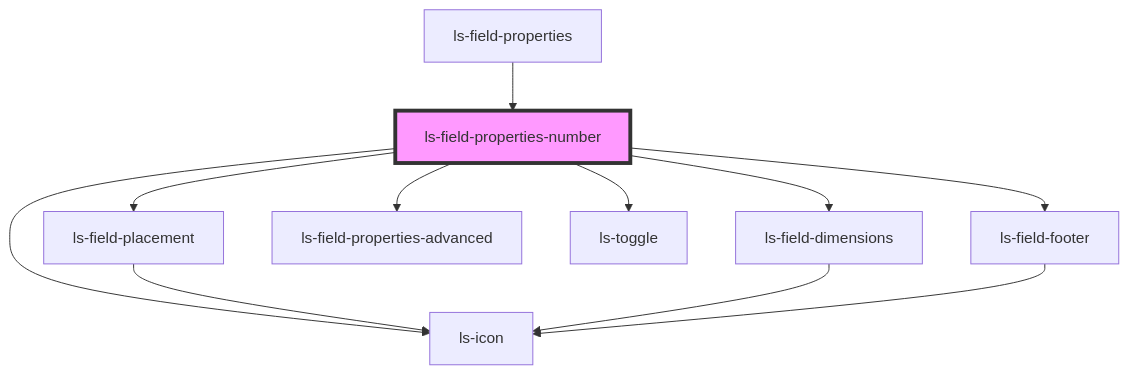
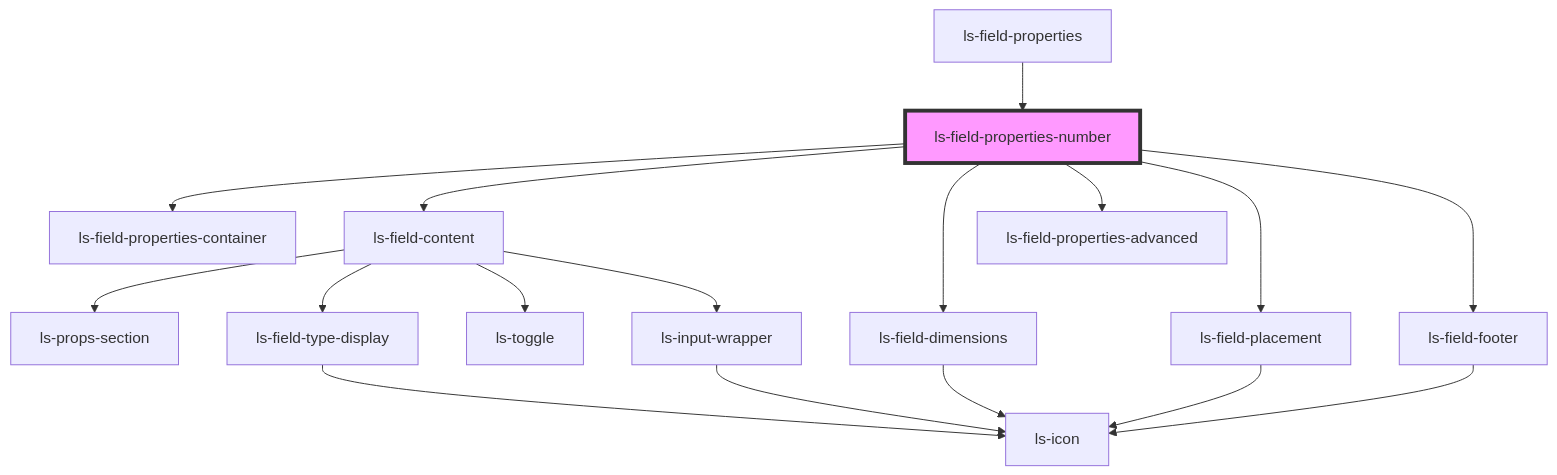
The diagram in src/components/ls-field-properties-number/readme.md (legalesign/ls-document-viewer), drawn with Mermaid before and after one commit. The commit also changed other lines of this file and 16 other files, not shown here.

````diff
--- a/src/components/ls-field-properties-number/readme.md
+++ b/src/components/ls-field-properties-number/readme.md
@@ -32,14 +31,20 @@
 ```mermaid
 graph TD;
-  ls-field-properties-number --> ls-field-placement
+  ls-field-properties-number --> ls-field-properties-container
+  ls-field-properties-number --> ls-field-content
   ls-field-properties-number --> ls-field-dimensions
   ls-field-properties-number --> ls-field-properties-advanced
-  ls-field-properties-number --> ls-icon
-  ls-field-properties-number --> ls-toggle
+  ls-field-properties-number --> ls-field-placement
   ls-field-properties-number --> ls-field-footer
+  ls-field-content --> ls-props-section
+  ls-field-content --> ls-field-type-display
+  ls-field-content --> ls-toggle
+  ls-field-content --> ls-input-wrapper
+  ls-field-type-display --> ls-icon
+  ls-input-wrapper --> ls-icon
+  ls-field-dimensions --> ls-icon
   ls-field-placement --> ls-icon
-  ls-field-dimensions --> ls-icon
   ls-field-footer --> ls-icon
   ls-field-properties --> ls-field-properties-number
   style ls-field-properties-number fill:#f9f,stroke:#333,stroke-width:4px
 ```
````
